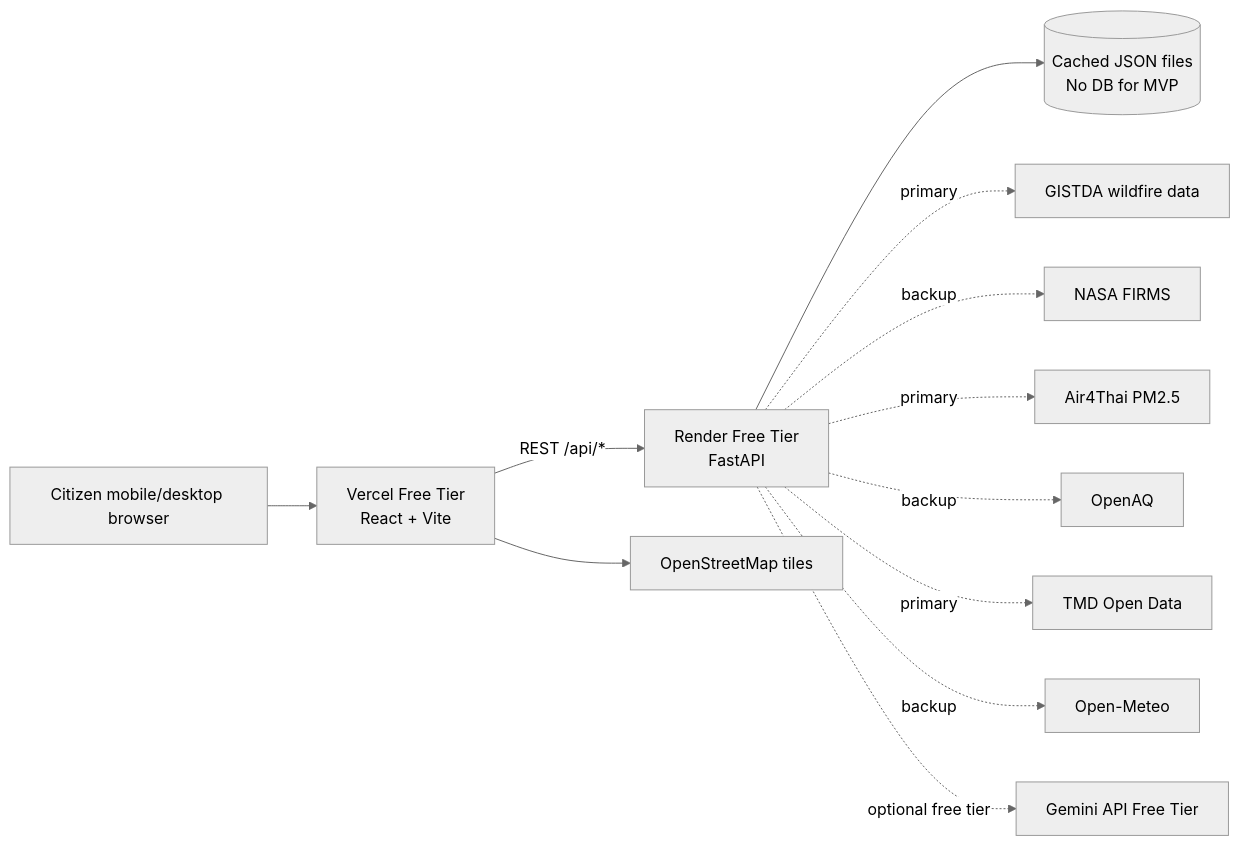
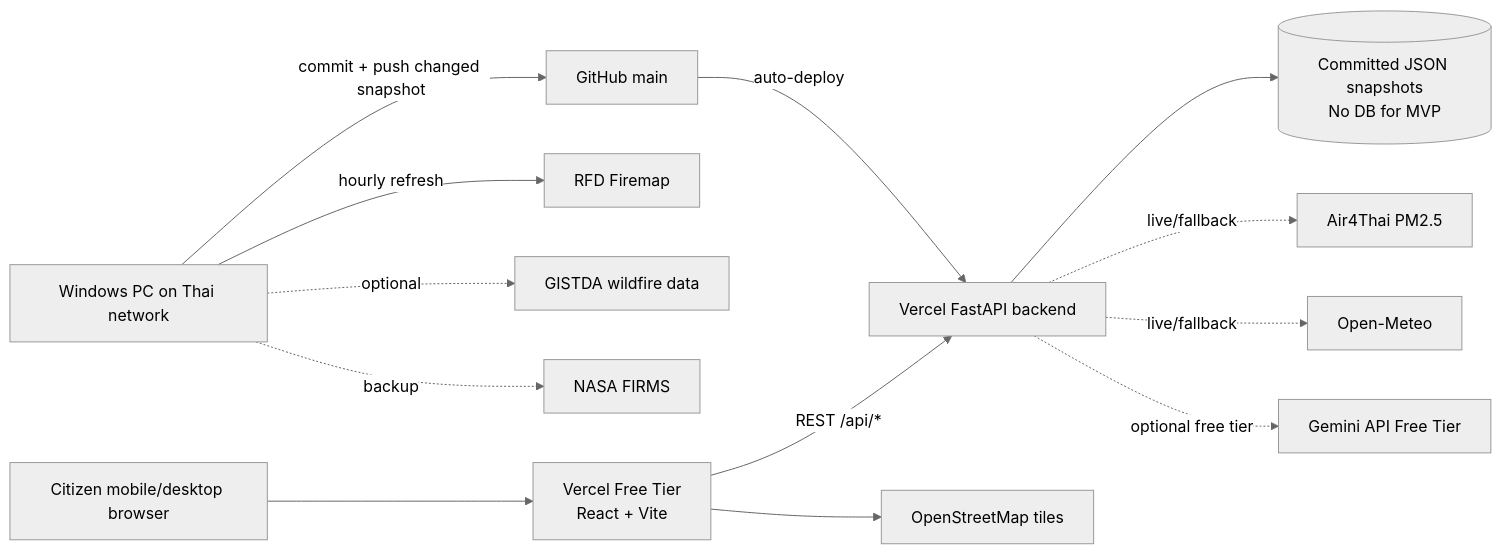
One commit to 67010655/ChiangMaiEyes changed the diagram in docs/ARCHITECTURE.md. Above: the diagram before and after it, drawn with Mermaid (neutral theme). The commit also changed other lines of this file and 13 other files, not shown here.

````diff
--- a/docs/ARCHITECTURE.md
+++ b/docs/ARCHITECTURE.md
@@ -5,14 +5,15 @@
 ```mermaid
 flowchart LR
   Citizen[Citizen mobile/desktop browser] --> Vercel[Vercel Free Tier\nReact + Vite]
-  Vercel -->|REST /api/*| Render[Render Free Tier\nFastAPI]
-  Render --> Cache[(Cached JSON files\nNo DB for MVP)]
-  Render -. primary .-> GISTDA[GISTDA wildfire data]
-  Render -. backup .-> FIRMS[NASA FIRMS]
-  Render -. primary .-> Air4Thai[Air4Thai PM2.5]
-  Render -. backup .-> OpenAQ[OpenAQ]
-  Render -. primary .-> TMD[TMD Open Data]
-  Render -. backup .-> OpenMeteo[Open-Meteo]
-  Render -. optional free tier .-> Gemini[Gemini API Free Tier]
+  Vercel -->|REST /api/*| Backend[Vercel FastAPI backend]
+  Backend --> Cache[(Committed JSON snapshots\nNo DB for MVP)]
+  ThaiPC[Windows PC on Thai network] -->|hourly refresh| RFD[RFD Firemap]
+  ThaiPC -. optional .-> GISTDA[GISTDA wildfire data]
+  ThaiPC -. backup .-> FIRMS[NASA FIRMS]
+  ThaiPC -->|commit + push changed snapshot| GitHub[GitHub main]
+  GitHub -->|auto-deploy| Backend
+  Backend -. live/fallback .-> Air4Thai[Air4Thai PM2.5]
+  Backend -. live/fallback .-> OpenMeteo[Open-Meteo]
+  Backend -. optional free tier .-> Gemini[Gemini API Free Tier]
   Vercel --> OSM[OpenStreetMap tiles]
 ```
````
